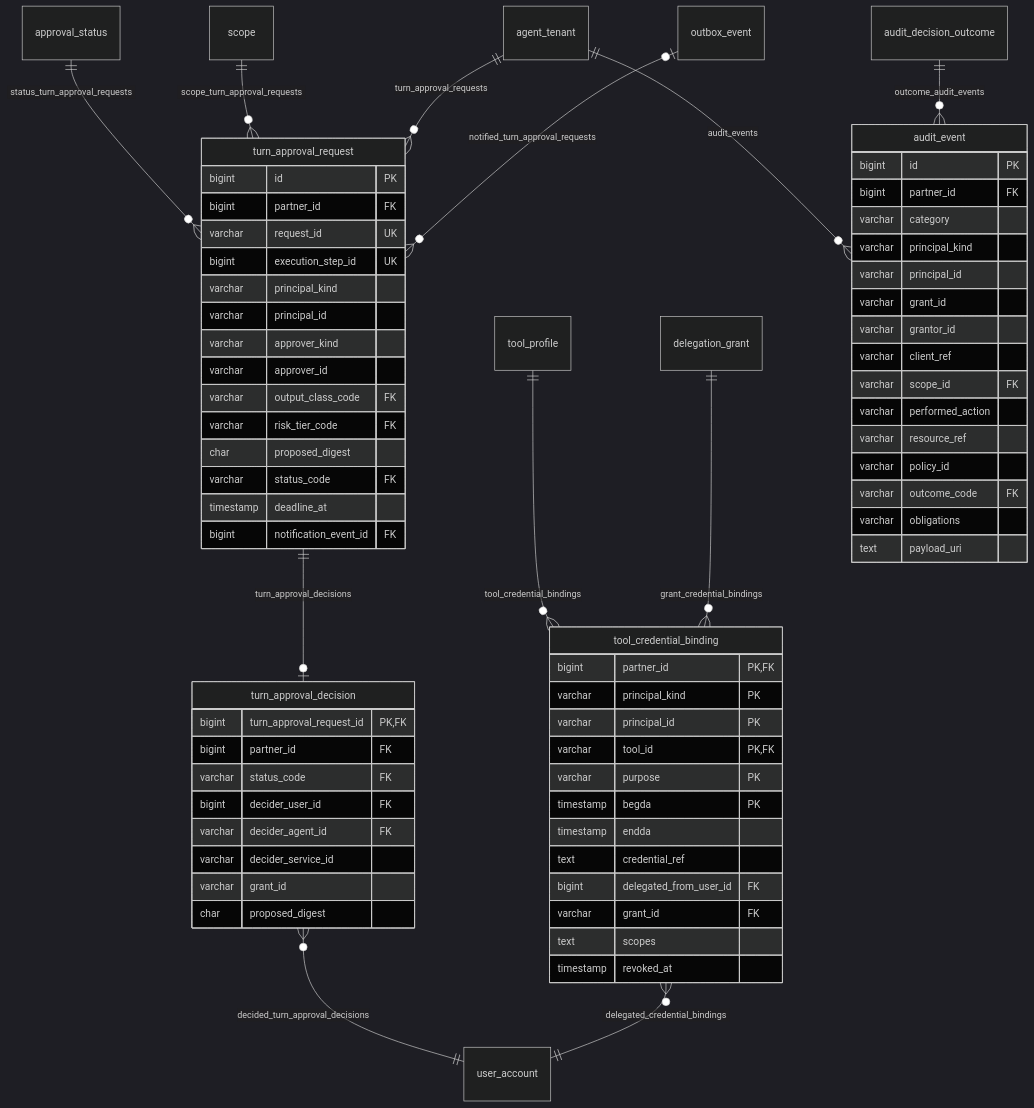
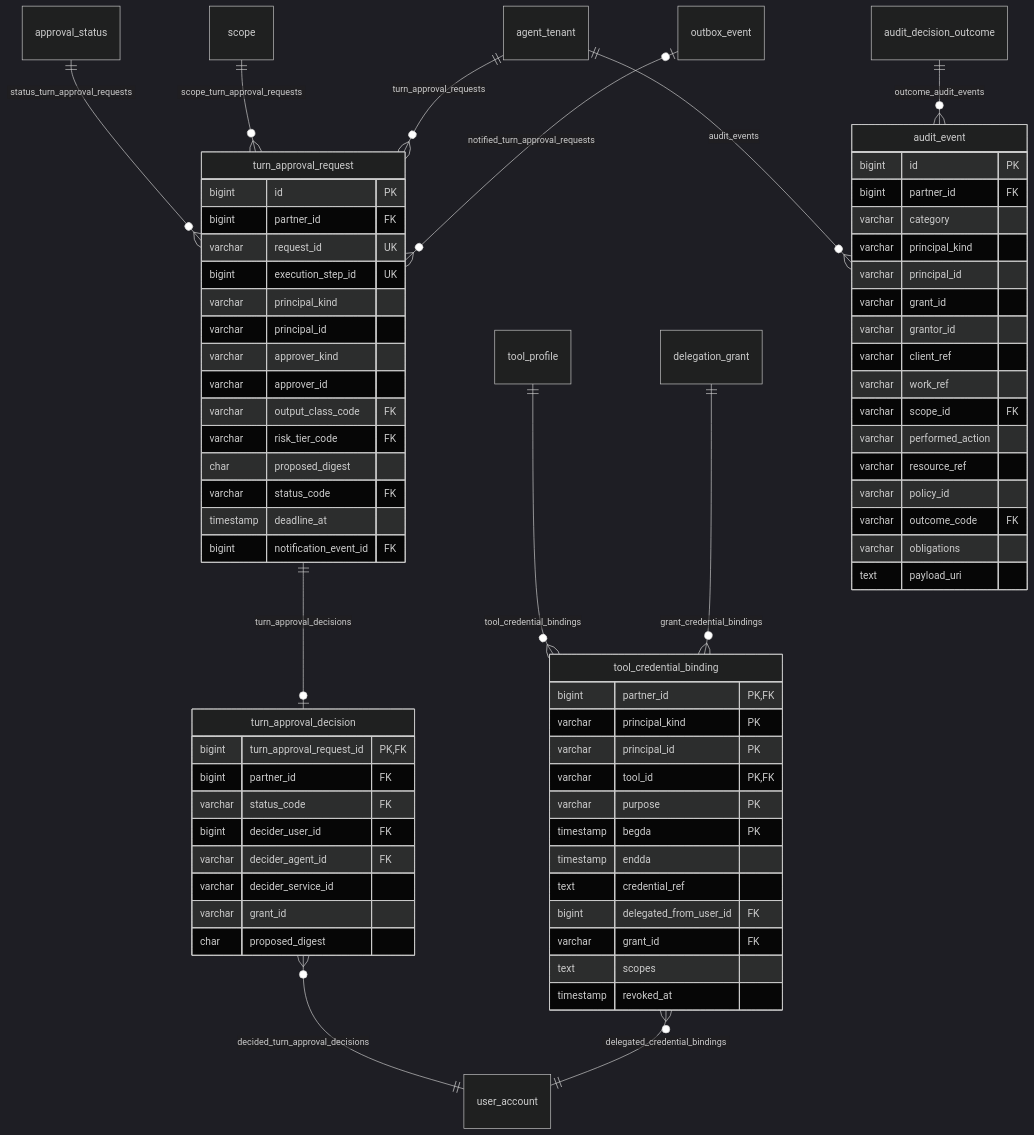
One commit to nauticana/scout changed the tenth of 18 diagrams in doc/database.md. Above: the diagram before and after it, drawn with Mermaid (dark theme). The commit also changed other lines of this file and 119 other files, not shown here.

````diff
--- a/doc/database.md
+++ b/doc/database.md
@@ -886,72 +894,73 @@
 ```mermaid
 erDiagram
     approval_status ||--o{ turn_approval_request : status_turn_approval_requests
     scope ||--o{ turn_approval_request : scope_turn_approval_requests
     agent_tenant ||--o{ turn_approval_request : turn_approval_requests
     turn_approval_request ||--o| turn_approval_decision : turn_approval_decisions
     outbox_event |o--o{ turn_approval_request : notified_turn_approval_requests
     tool_profile ||--o{ tool_credential_binding : tool_credential_bindings
     turn_approval_decision }o--|| user_account : decided_turn_approval_decisions
     tool_credential_binding }o--|| user_account : delegated_credential_bindings
     delegation_grant ||--o{ tool_credential_binding : grant_credential_bindings
     agent_tenant ||--o{ audit_event : audit_events
     audit_decision_outcome ||--o{ audit_event : outcome_audit_events
 
     turn_approval_request {
         bigint id PK
         bigint partner_id FK
         varchar request_id UK
         bigint execution_step_id UK
         varchar principal_kind
         varchar principal_id
         varchar approver_kind
         varchar approver_id
         varchar output_class_code FK
         varchar risk_tier_code FK
         char proposed_digest
         varchar status_code FK
         timestamp deadline_at
         bigint notification_event_id FK
     }
     turn_approval_decision {
         bigint turn_approval_request_id PK,FK
         bigint partner_id FK
         varchar status_code FK
         bigint decider_user_id FK
         varchar decider_agent_id FK
         varchar decider_service_id
         varchar grant_id
         char proposed_digest
     }
     tool_credential_binding {
         bigint partner_id PK,FK
         varchar principal_kind PK
         varchar principal_id PK
         varchar tool_id PK,FK
         varchar purpose PK
         timestamp begda PK
         timestamp endda
         text credential_ref
         bigint delegated_from_user_id FK
         varchar grant_id FK
         text scopes
         timestamp revoked_at
     }
     audit_event {
         bigint id PK
         bigint partner_id FK
         varchar category
         varchar principal_kind
         varchar principal_id
         varchar grant_id
         varchar grantor_id
         varchar client_ref
+        varchar work_ref
         varchar scope_id FK
         varchar performed_action
         varchar resource_ref
         varchar policy_id
         varchar outcome_code FK
         varchar obligations
         text payload_uri
     }
 ```
````
